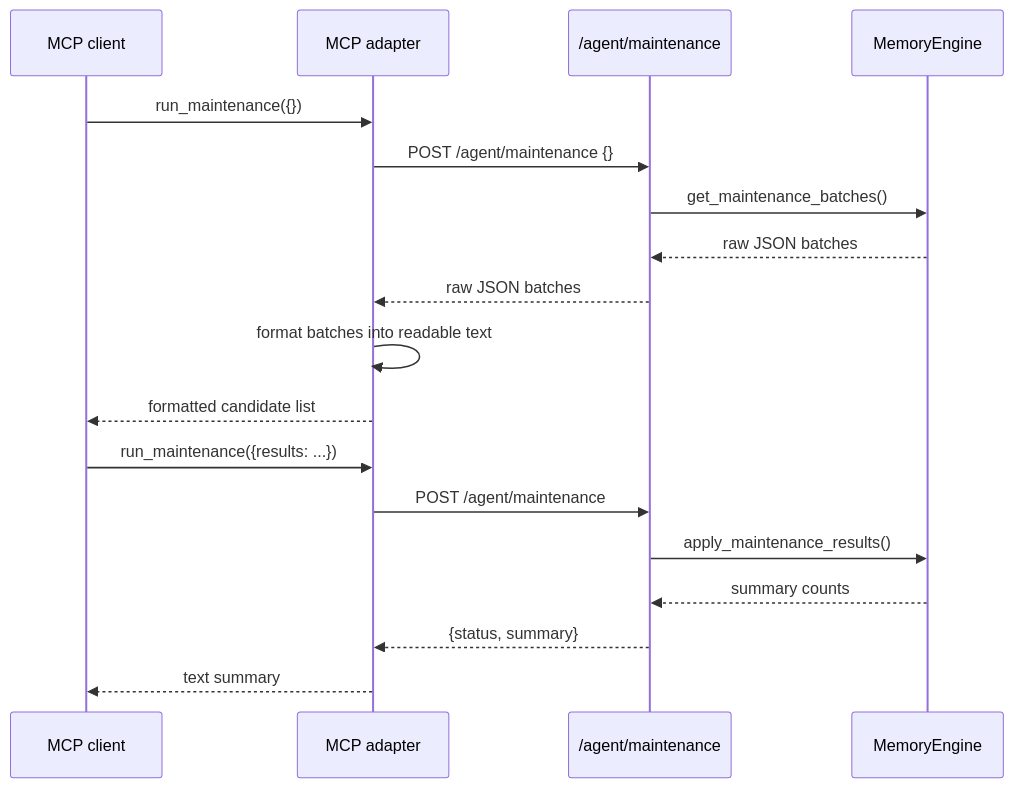
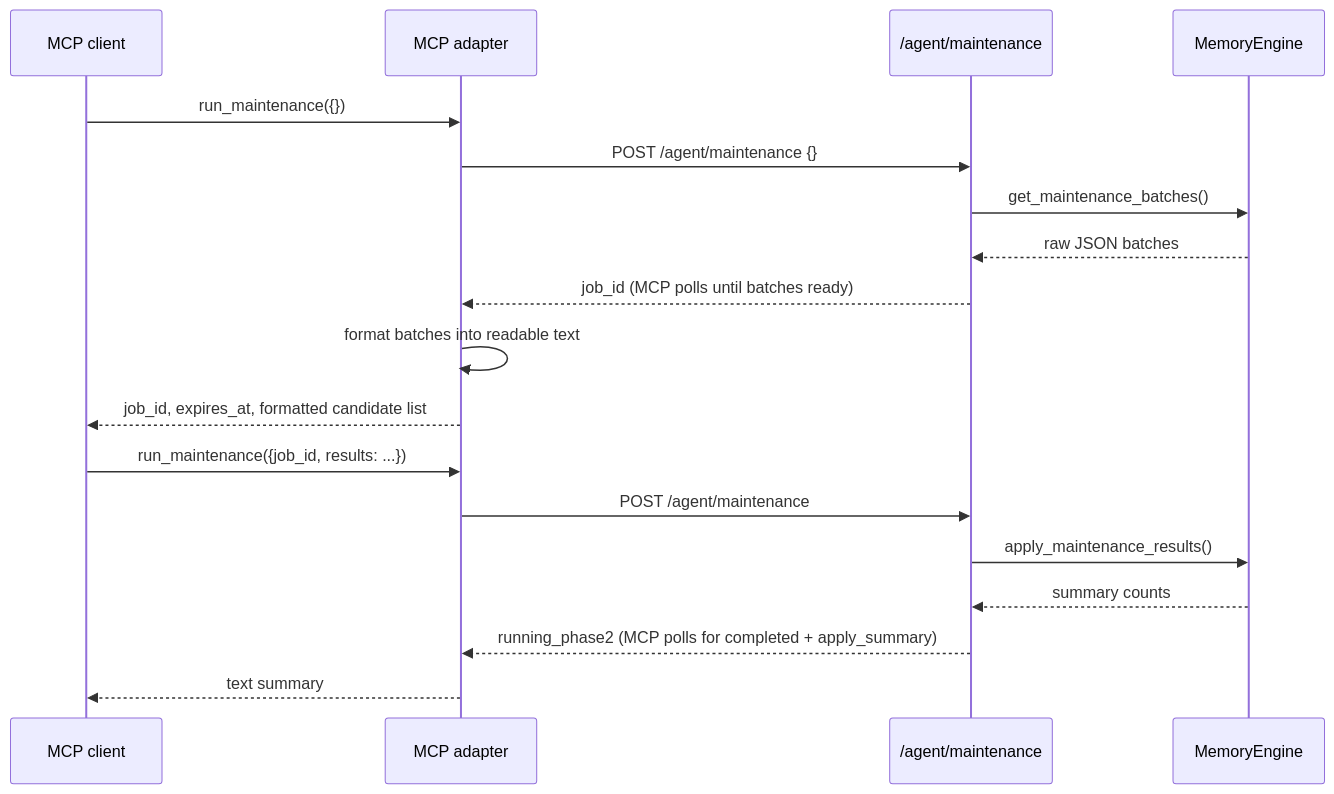
Before and after one commit to AndreLFSMartins/ormah: the second of 2 diagrams in docs/08 - API Surface.md, drawn with Mermaid. The commit also changed other lines of this file and 26 other files, not shown here.

Commit message:
fix: reserve maintenance until completion or analysis expiry (#323)

````diff
--- a/docs/08 - API Surface.md
+++ b/docs/08 - API Surface.md
@@ -230,22 +238,22 @@
 ```mermaid
 sequenceDiagram
     participant AGENT as MCP client
     participant MCP as MCP adapter
     participant API as /agent/maintenance
     participant ENGINE as MemoryEngine
 
     AGENT->>MCP: run_maintenance({})
     MCP->>API: POST /agent/maintenance {}
     API->>ENGINE: get_maintenance_batches()
     ENGINE-->>API: raw JSON batches
-    API-->>MCP: raw JSON batches
+    API-->>MCP: job_id (MCP polls until batches ready)
     MCP->>MCP: format batches into readable text
-    MCP-->>AGENT: formatted candidate list
+    MCP-->>AGENT: job_id, expires_at, formatted candidate list
 
-    AGENT->>MCP: run_maintenance({results: ...})
+    AGENT->>MCP: run_maintenance({job_id, results: ...})
     MCP->>API: POST /agent/maintenance
     API->>ENGINE: apply_maintenance_results()
     ENGINE-->>API: summary counts
-    API-->>MCP: {status, summary}
+    API-->>MCP: running_phase2 (MCP polls for completed + apply_summary)
     MCP-->>AGENT: text summary
 ```
````
